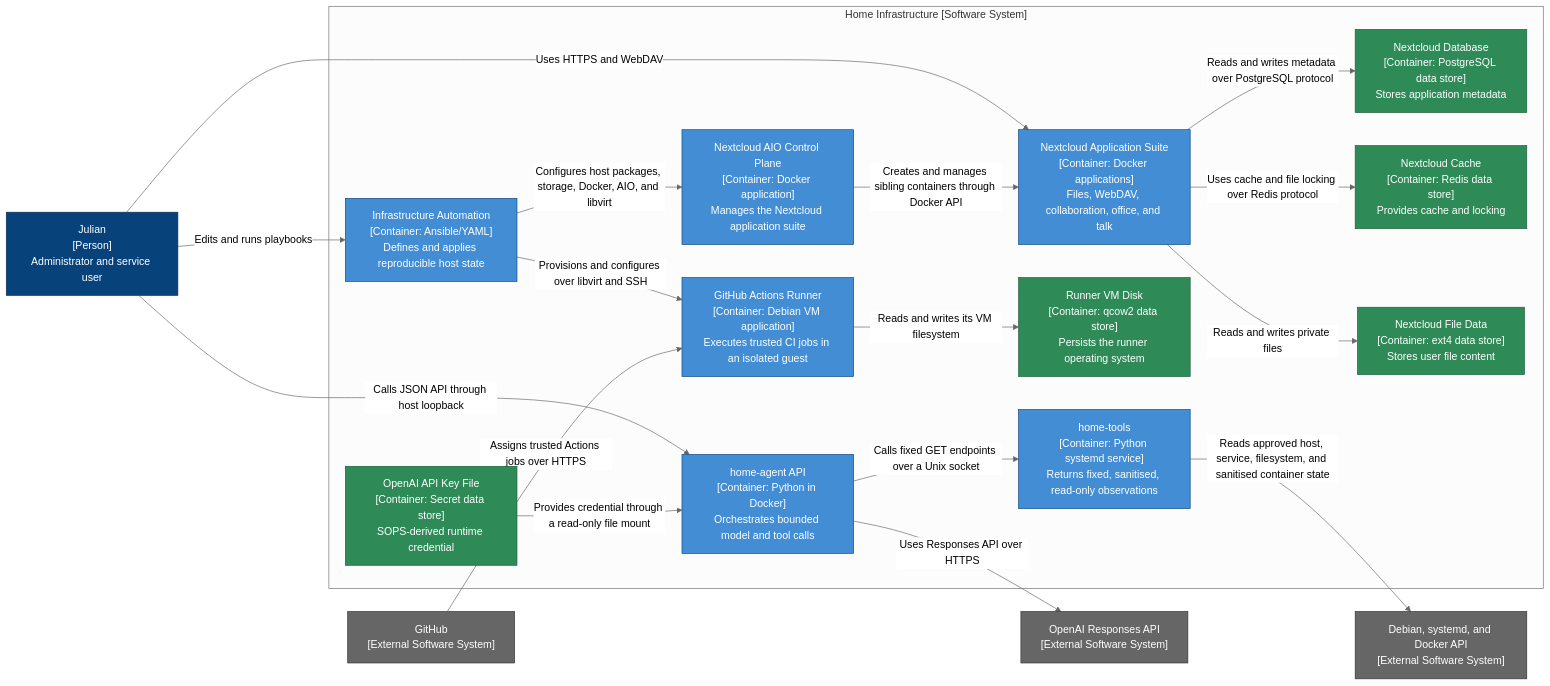
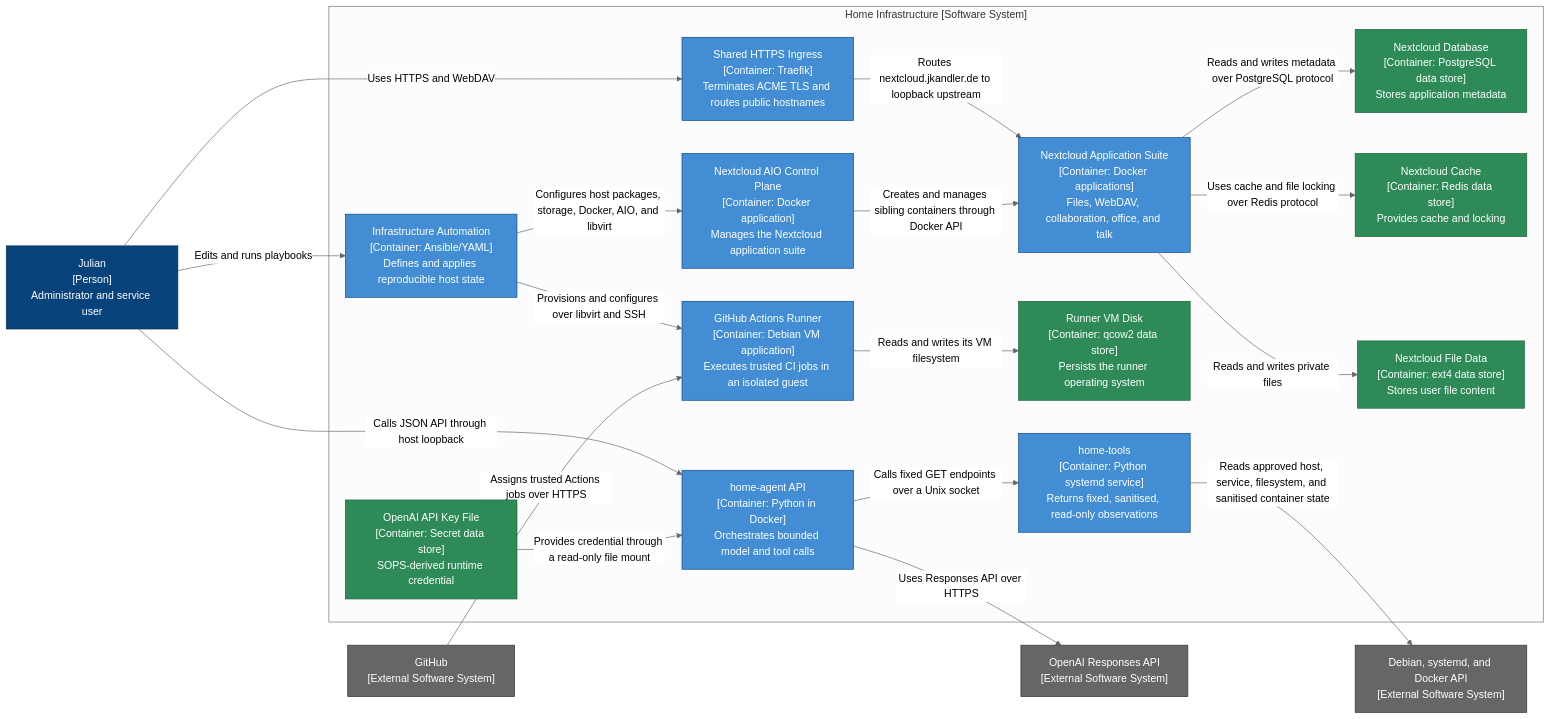
One commit to KandlerLi/home-infra-docs changed the diagram in docs/architecture/current/container.md. Above: the diagram before and after it, drawn with Mermaid (neutral theme). The commit also changed other lines of this file and 16 other files, not shown here.

Commit message:
Document deployed shared ingress

````diff
--- a/docs/architecture/current/container.md
+++ b/docs/architecture/current/container.md
@@ -10,46 +10,48 @@
 ```mermaid
 flowchart LR
     person["Julian<br/>[Person]<br/>Administrator and service user"]
     github["GitHub<br/>[External Software System]"]
     openai["OpenAI Responses API<br/>[External Software System]"]
     host["Debian, systemd, and Docker API<br/>[External Software System]"]
 
     subgraph home["Home Infrastructure [Software System]"]
         automation["Infrastructure Automation<br/>[Container: Ansible/YAML]<br/>Defines and applies reproducible host state"]
+        ingress["Shared HTTPS Ingress<br/>[Container: Traefik]<br/>Terminates ACME TLS and routes public hostnames"]
         aio_master["Nextcloud AIO Control Plane<br/>[Container: Docker application]<br/>Manages the Nextcloud application suite"]
         nextcloud["Nextcloud Application Suite<br/>[Container: Docker applications]<br/>Files, WebDAV, collaboration, office, and talk"]
         postgres["Nextcloud Database<br/>[Container: PostgreSQL data store]<br/>Stores application metadata"]
         redis["Nextcloud Cache<br/>[Container: Redis data store]<br/>Provides cache and locking"]
         data["Nextcloud File Data<br/>[Container: ext4 data store]<br/>Stores user file content"]
         runner["GitHub Actions Runner<br/>[Container: Debian VM application]<br/>Executes trusted CI jobs in an isolated guest"]
         runner_disk["Runner VM Disk<br/>[Container: qcow2 data store]<br/>Persists the runner operating system"]
         agent["home-agent API<br/>[Container: Python in Docker]<br/>Orchestrates bounded model and tool calls"]
         tools["home-tools<br/>[Container: Python systemd service]<br/>Returns fixed, sanitised, read-only observations"]
         agent_key["OpenAI API Key File<br/>[Container: Secret data store]<br/>SOPS-derived runtime credential"]
     end
 
     person -->|"Edits and runs playbooks"| automation
     automation -->|"Configures host packages, storage, Docker, AIO, and libvirt"| aio_master
     automation -->|"Provisions and configures over libvirt and SSH"| runner
-    person -->|"Uses HTTPS and WebDAV"| nextcloud
+    person -->|"Uses HTTPS and WebDAV"| ingress
+    ingress -->|"Routes nextcloud.jkandler.de to loopback upstream"| nextcloud
     aio_master -->|"Creates and manages sibling containers through Docker API"| nextcloud
     nextcloud -->|"Reads and writes metadata over PostgreSQL protocol"| postgres
     nextcloud -->|"Uses cache and file locking over Redis protocol"| redis
     nextcloud -->|"Reads and writes private files"| data
     github -->|"Assigns trusted Actions jobs over HTTPS"| runner
     runner -->|"Reads and writes its VM filesystem"| runner_disk
     person -->|"Calls JSON API through host loopback"| agent
     agent -->|"Uses Responses API over HTTPS"| openai
     agent -->|"Calls fixed GET endpoints over a Unix socket"| tools
     agent_key -->|"Provides credential through a read-only file mount"| agent
     tools -->|"Reads approved host, service, filesystem, and sanitised container state"| host
 
     classDef person fill:#08427b,color:#fff,stroke:#052e56
     classDef external fill:#666,color:#fff,stroke:#333
     classDef container fill:#438dd5,color:#fff,stroke:#0b4884
     classDef datastore fill:#2e8b57,color:#fff,stroke:#1d5c3a
     class person person
     class github,openai,host external
-    class automation,aio_master,nextcloud,runner,agent,tools container
+    class automation,ingress,aio_master,nextcloud,runner,agent,tools container
     class postgres,redis,data,runner_disk,agent_key datastore
 ```
````
